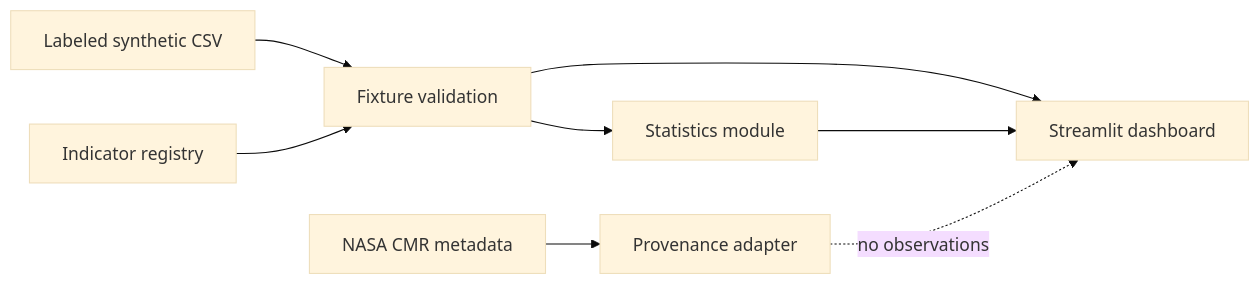
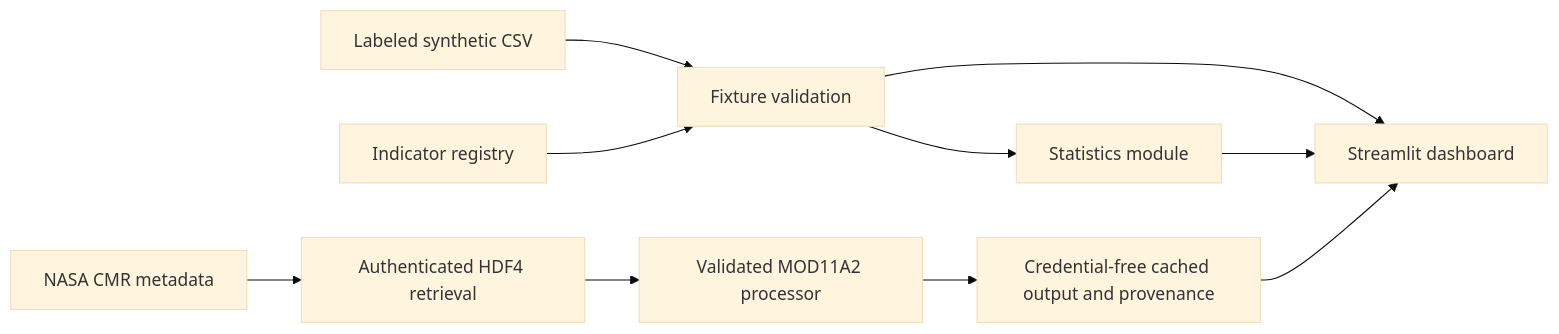
The diagram in projects/06-terratrend-global/README.md (Staticshock1013/engineering-showcase), drawn with Mermaid (base theme) before and after one commit. The commit also changed other lines of this file and 5 other files, not shown here.

Commit message:
feat(terratrend): process validated MOD11A2 samples

````diff
--- a/projects/06-terratrend-global/README.md
+++ b/projects/06-terratrend-global/README.md
@@ -21,10 +23,12 @@
 ```mermaid
 flowchart LR
   F[Labeled synthetic CSV] --> V[Fixture validation]
   R[Indicator registry] --> V
   V --> S[Statistics module]
   V --> D[Streamlit dashboard]
   S --> D
-  C[NASA CMR metadata] --> P[Provenance adapter]
-  P -. no observations .-> D
+  C[NASA CMR metadata] --> P[Authenticated HDF4 retrieval]
+  P --> H[Validated MOD11A2 processor]
+  H --> O[Credential-free cached output and provenance]
+  O --> D
 ```
````
